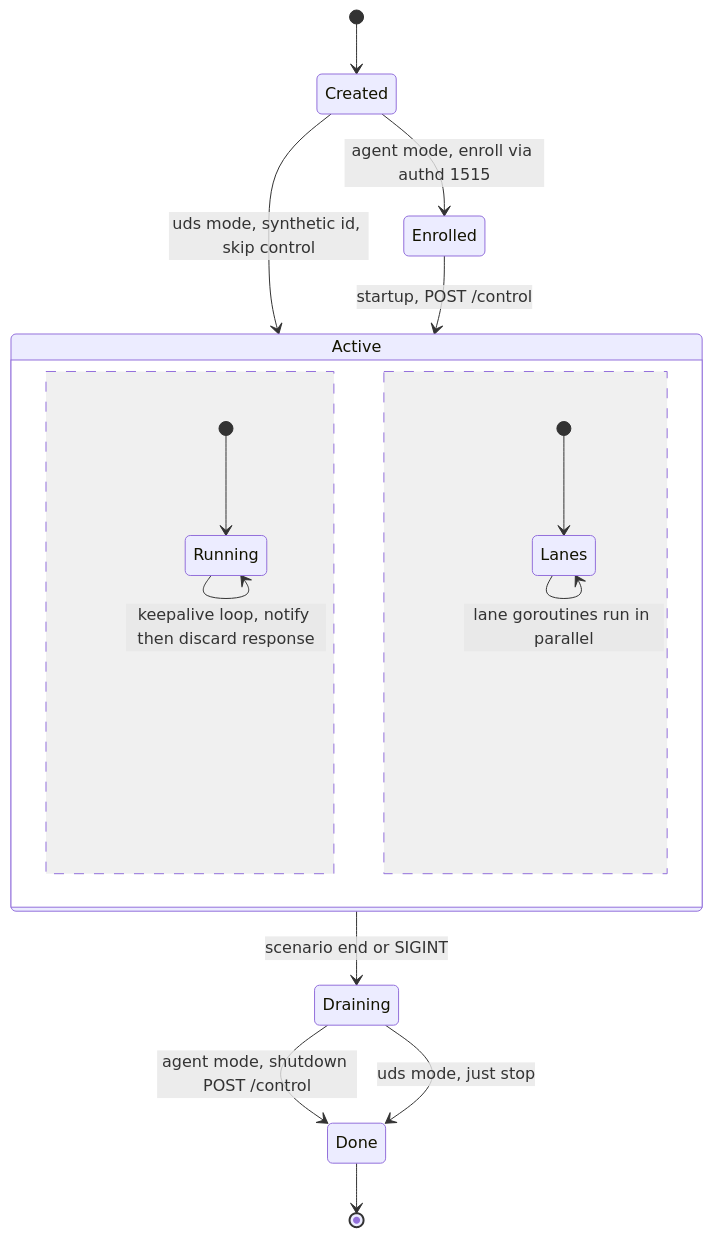
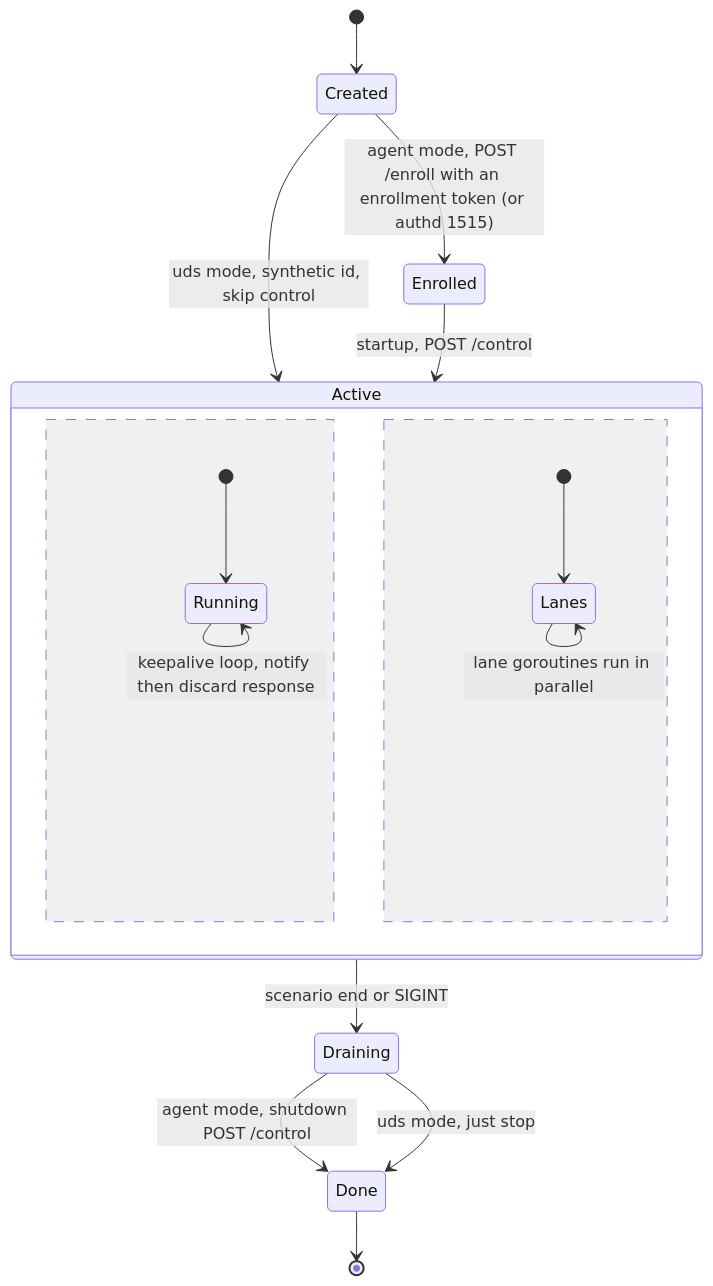
Before and after one commit to wazuh/wazuh: the first of 2 diagrams in tools/manager_benchmark/tool_simulator/docu/06-agent-state-machine.md, drawn with Mermaid. The commit also changed 10 other files, not shown here.

Commit message:
bench(manager): document the enrollment-token bootstrap

````diff
--- a/tools/manager_benchmark/tool_simulator/docu/06-agent-state-machine.md
+++ b/tools/manager_benchmark/tool_simulator/docu/06-agent-state-machine.md
@@ -22,20 +22,20 @@
 ```mermaid
 stateDiagram-v2
     [*] --> Created
-    Created --> Enrolled: agent mode, enroll via authd 1515
+    Created --> Enrolled: agent mode, POST /enroll with an enrollment token (or authd 1515)
     Created --> Active: uds mode, synthetic id, skip control
     Enrolled --> Active: startup, POST /control
 
     state Active {
         [*] --> Running
         Running --> Running: keepalive loop, notify then discard response
         --
         [*] --> Lanes
         Lanes --> Lanes: lane goroutines run in parallel
     }
 
     Active --> Draining: scenario end or SIGINT
     Draining --> Done: agent mode, shutdown POST /control
     Draining --> Done: uds mode, just stop
     Done --> [*]
 ```
````
